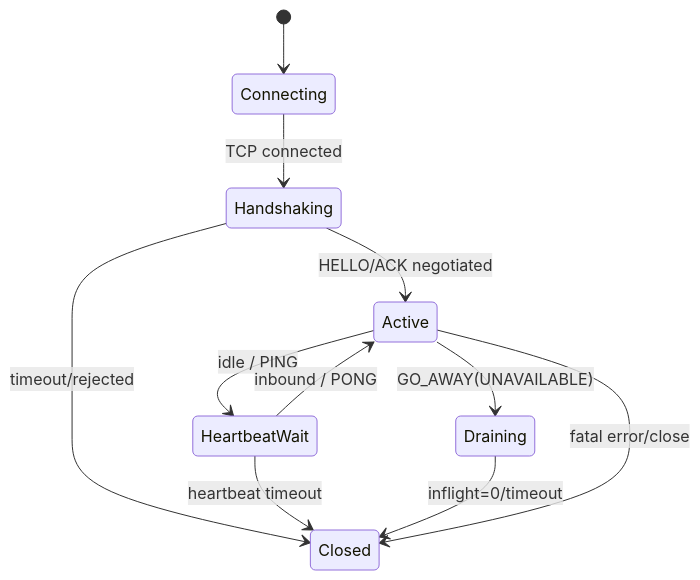
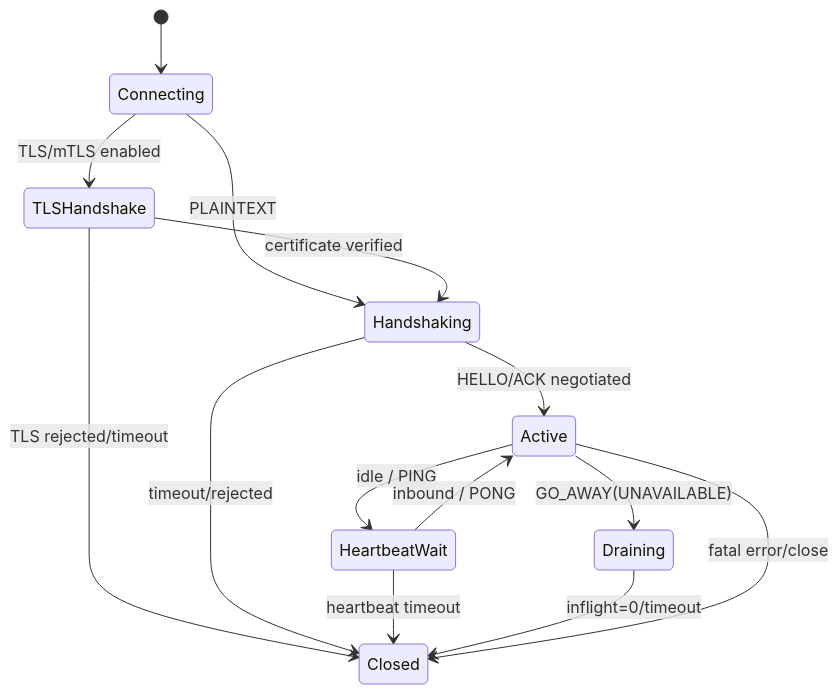
The third of 3 diagrams in docs/architecture.md (Ryan-Guizhou/peach-rpc), drawn with Mermaid before and after one commit. The commit also changed other lines of this file, not shown here.

Commit message:
docs: align architecture with V2-C.3 security and observability

````diff
--- a/docs/architecture.md
+++ b/docs/architecture.md
@@ -105,13 +109,16 @@
 ```mermaid
 stateDiagram-v2
     [*] --> Connecting
-    Connecting --> Handshaking: TCP connected
+    Connecting --> TLSHandshake: TLS/mTLS enabled
+    Connecting --> Handshaking: PLAINTEXT
+    TLSHandshake --> Handshaking: certificate verified
+    TLSHandshake --> Closed: TLS rejected/timeout
     Handshaking --> Active: HELLO/ACK negotiated
     Handshaking --> Closed: timeout/rejected
     Active --> HeartbeatWait: idle / PING
     HeartbeatWait --> Active: inbound / PONG
     HeartbeatWait --> Closed: heartbeat timeout
     Active --> Draining: GO_AWAY(UNAVAILABLE)
     Draining --> Closed: inflight=0/timeout
     Active --> Closed: fatal error/close
 ```
````
